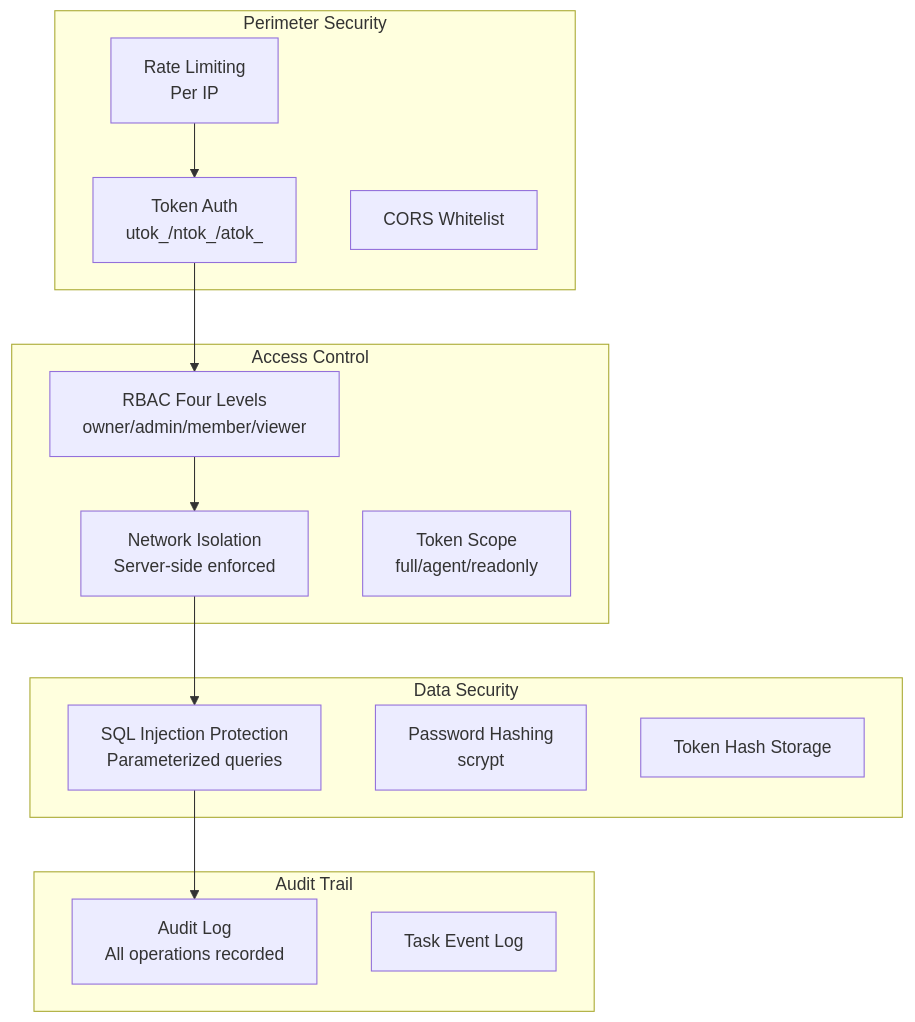
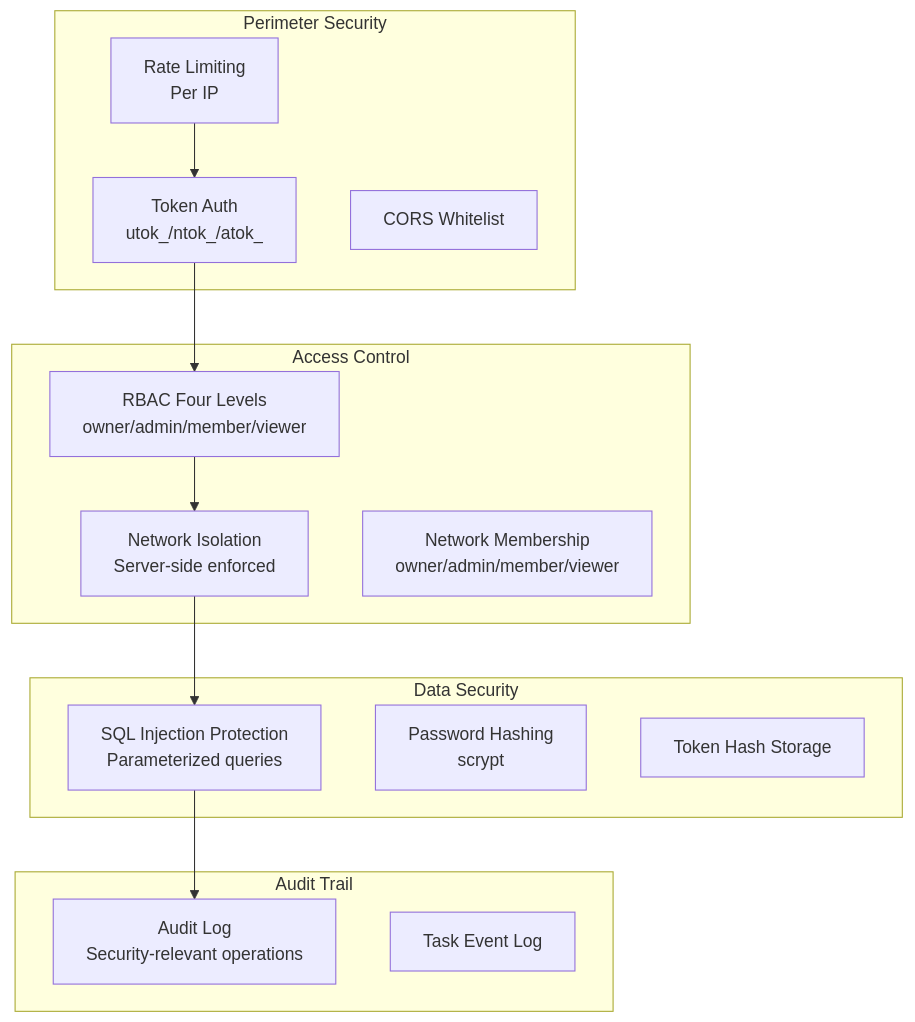
Before and after one commit to sleep2agi/agent-network: the diagram in docs-site/docs/en/concepts/security.md, drawn with Mermaid. The commit also changed other lines of this file and 7 other files, not shown here.

````diff
--- a/docs-site/docs/en/concepts/security.md
+++ b/docs-site/docs/en/concepts/security.md
@@ -7,31 +7,31 @@
 ```mermaid
 graph TB
     subgraph "Perimeter Security"
         RL[Rate Limiting<br/>Per IP]
         AUTH[Token Auth<br/>utok_/ntok_/atok_]
         CORS[CORS Whitelist]
     end
 
     subgraph "Access Control"
         RBAC[RBAC Four Levels<br/>owner/admin/member/viewer]
         NET[Network Isolation<br/>Server-side enforced]
-        SCOPE[Token Scope<br/>full/agent/readonly]
+        SCOPE[Network Membership<br/>owner/admin/member/viewer]
     end
 
     subgraph "Data Security"
         SQL[SQL Injection Protection<br/>Parameterized queries]
         PWD[Password Hashing<br/>scrypt]
         TKHASH[Token Hash Storage]
     end
 
     subgraph "Audit Trail"
-        AUDIT[Audit Log<br/>All operations recorded]
+        AUDIT[Audit Log<br/>Security-relevant operations]
         EVENTS[Task Event Log]
     end
 
     RL --> AUTH
     AUTH --> RBAC
     RBAC --> NET
     NET --> SQL
     SQL --> AUDIT
 ```
````
